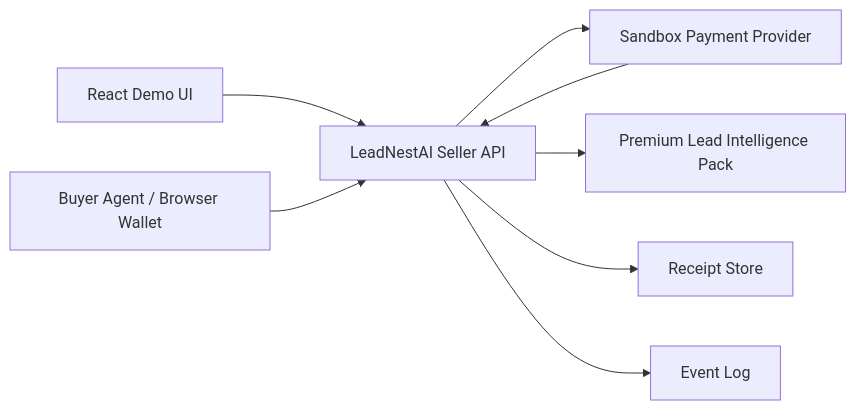
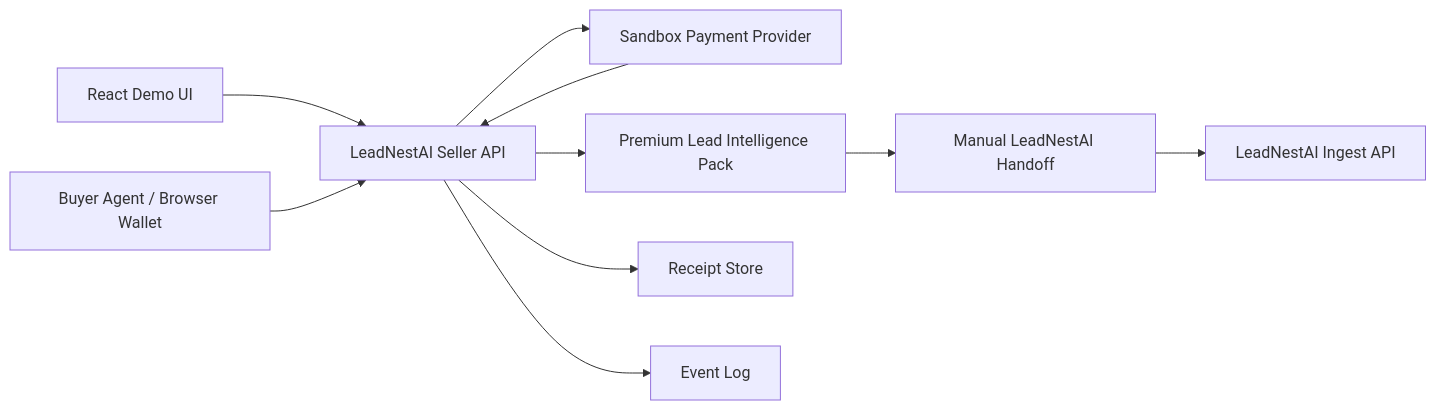
The first of 4 diagrams in ARCHITECTURE.md (Bobjonesgood/x402nano), drawn with Mermaid before and after one commit. The commit also changed other lines of this file and 12 other files, not shown here.

Commit message:
Add manual LeadNestAI handoff

````diff
--- a/ARCHITECTURE.md
+++ b/ARCHITECTURE.md
@@ -11,18 +11,22 @@
 ```mermaid
 flowchart LR
   UI["React Demo UI"]
   Agent["Buyer Agent / Browser Wallet"]
   API["LeadNestAI Seller API"]
   Provider["Sandbox Payment Provider"]
   Leads["Premium Lead Intelligence Pack"]
+  Handoff["Manual LeadNestAI Handoff"]
+  LeadNest["LeadNestAI Ingest API"]
   Receipts["Receipt Store"]
   Events["Event Log"]
 
   UI --> API
   Agent --> API
   API --> Provider
   Provider --> API
   API --> Leads
+  Leads --> Handoff
+  Handoff --> LeadNest
   API --> Receipts
   API --> Events
 ```
````
